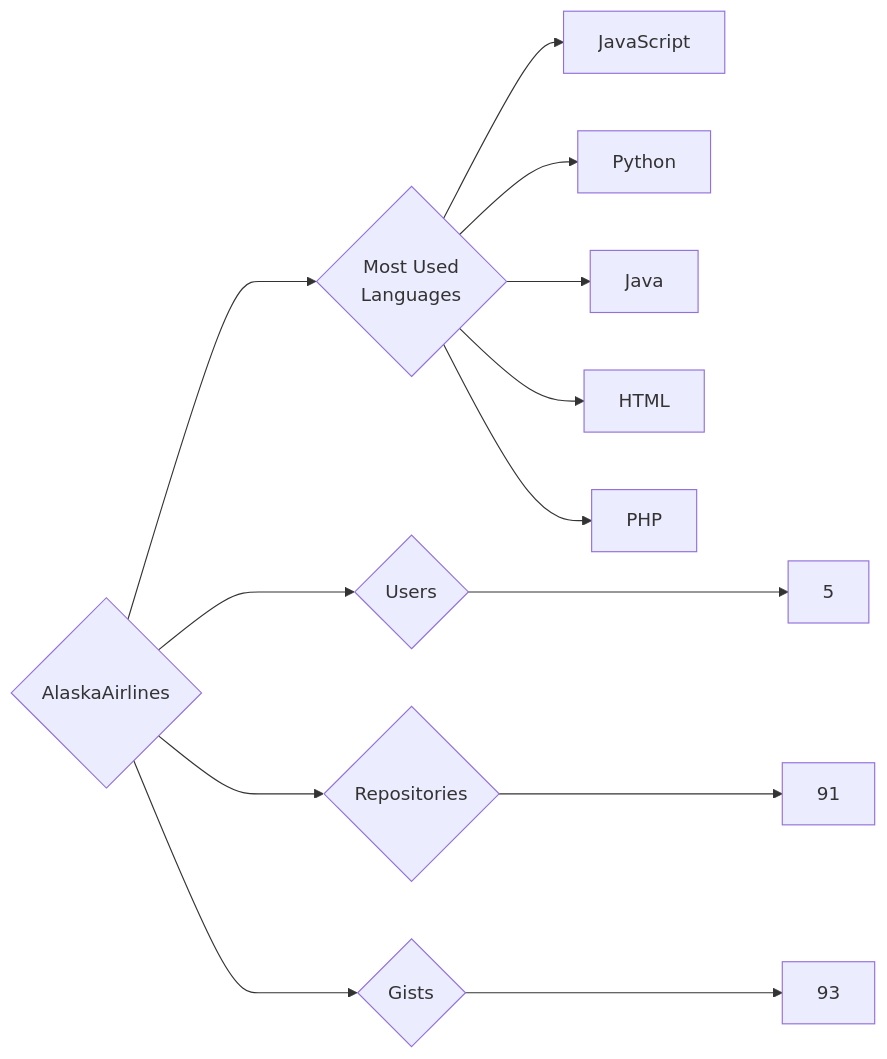
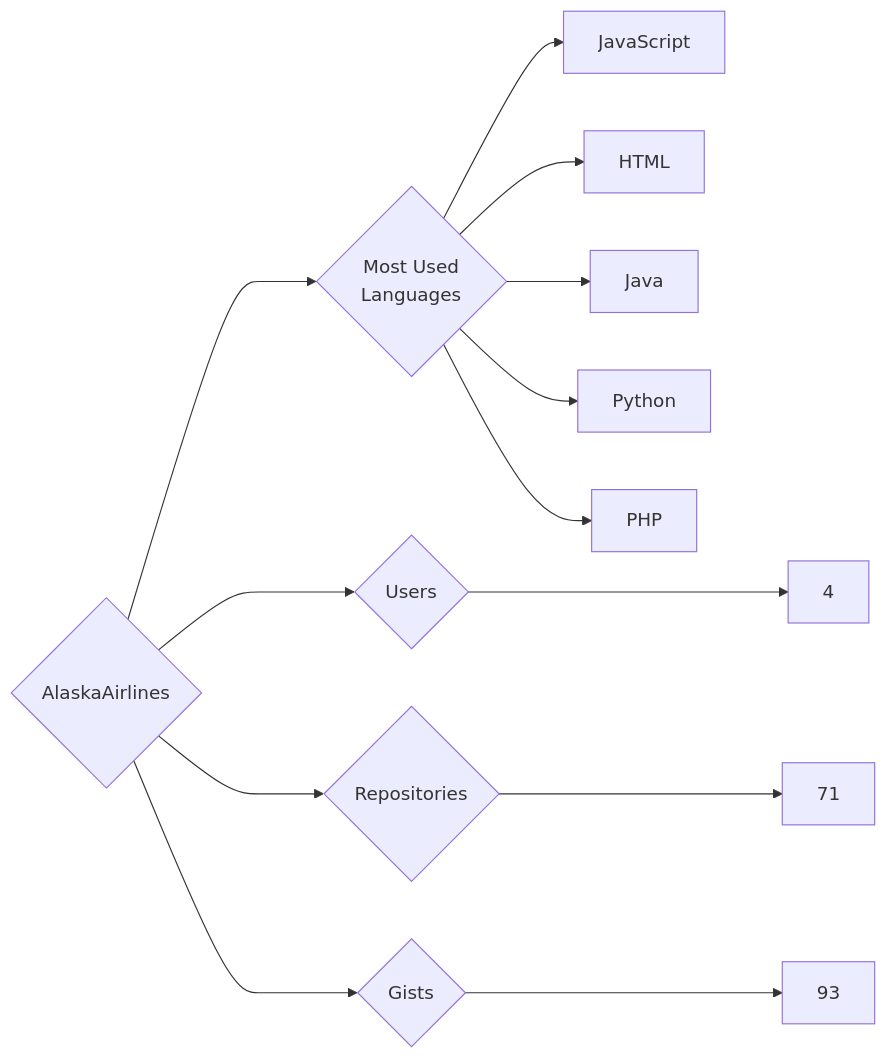
One commit to trickest/insiders changed the diagram in targets/AlaskaAirlines/README.md. Above: the diagram before and after it, drawn with Mermaid. The commit also changed 1003 other files, not shown here.

````diff
--- a/targets/AlaskaAirlines/README.md
+++ b/targets/AlaskaAirlines/README.md
@@ -3,13 +3,13 @@
 ```mermaid
 graph LR
 COMPANY_NAME{AlaskaAirlines}
-COMPANY_NAME ---> U{Users} ---> UN[5]
-COMPANY_NAME ---> R{Repositories} ---> RN[91]
+COMPANY_NAME ---> U{Users} ---> UN[4]
+COMPANY_NAME ---> R{Repositories} ---> RN[71]
 COMPANY_NAME ---> G{Gists} ---> GN[93]
 COMPANY_NAME ---> ML{Most Used<br>Languages}
 ML --> JavaScript[JavaScript]
+ML --> HTML[HTML]
+ML --> Java[Java]
 ML --> Python[Python]
-ML --> Java[Java]
-ML --> HTML[HTML]
 ML --> PHP[PHP]
 ```
````
